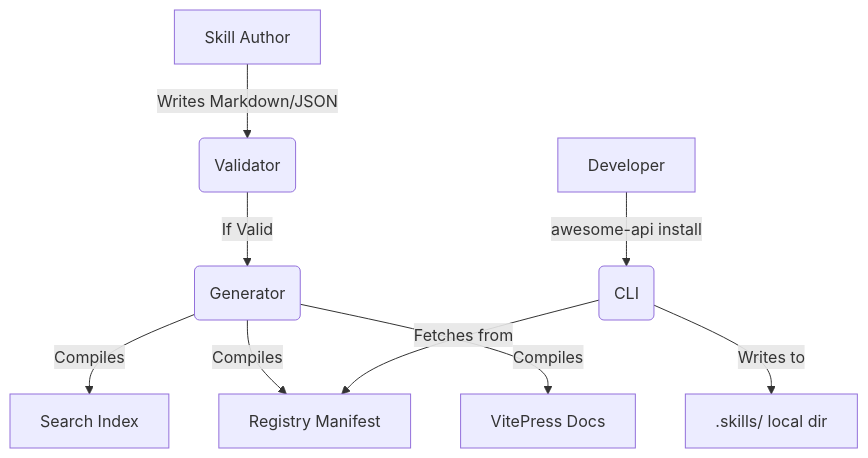
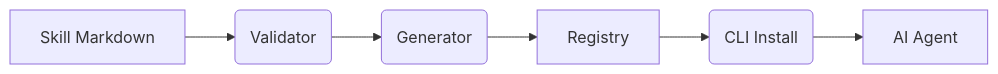
The diagram in README.md (ashish7802/awesome-api-skills), drawn with Mermaid before and after one commit. The commit also changed other lines of this file and 4 other files, not shown here.

````diff
--- a/README.md
+++ b/README.md
@@ -122,12 +118,8 @@
 ```mermaid
-graph TD
-  A[Skill Author] -->|Writes Markdown/JSON| B(Validator)
-  B -->|If Valid| C(Generator)
-  C -->|Compiles| D[Search Index]
-  C -->|Compiles| E[Registry Manifest]
-  C -->|Compiles| F[VitePress Docs]
-
-  G[Developer] -->|awesome-api install| H(CLI)
-  H -->|Fetches from| E
-  H -->|Writes to| I[.skills/ local dir]
+graph LR
+  A[Skill Markdown] --> B(Validator)
+  B --> C(Generator)
+  C --> D[Registry]
+  D --> E(CLI Install)
+  E --> F[AI Agent]
 ```
````
